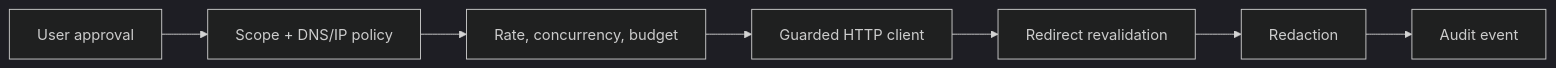
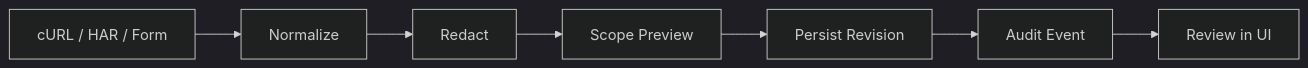
The second of 2 diagrams in README.md (MintKangaroo/WebHacking_Lab), drawn with Mermaid (dark theme) before and after one commit. The commit also changed other lines of this file and 6 other files, not shown here.

````diff
--- a/README.md
+++ b/README.md
@@ -71,9 +105,9 @@
 ```mermaid
 flowchart LR
-    A[User approval] --> S[Scope + DNS/IP policy]
-    S --> R[Rate, concurrency, budget]
-    R --> H[Guarded HTTP client]
-    H --> D[Redirect revalidation]
-    D --> M[Redaction]
-    M --> L[Audit event]
+    IN[cURL / HAR / Form] --> N[Normalize]
+    N --> R[Redact]
+    R --> S[Scope Preview]
+    S --> P[Persist Revision]
+    P --> A[Audit Event]
+    A --> V[Review in UI]
 ```
````
